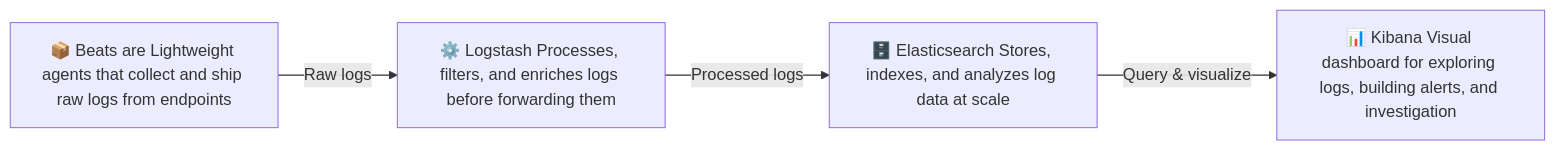
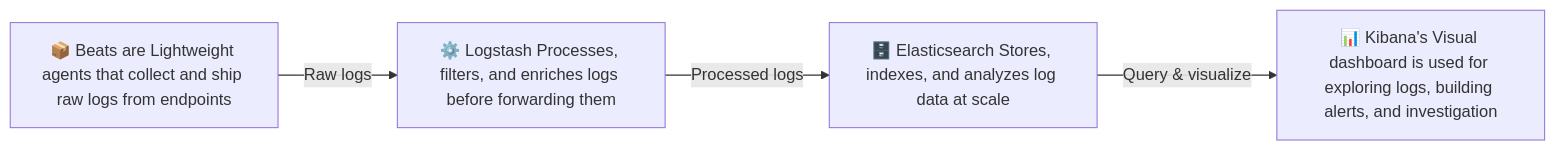
Before and after one commit to benjaminsmith-spec/ELK-stack-Docker-Home-Lab: the first of 2 diagrams in README.md, drawn with Mermaid.

````diff
--- a/README.md
+++ b/README.md
@@ -17,11 +17,11 @@
 ```mermaid
 flowchart LR
     B["📦 Beats are Lightweight agents that collect and ship raw logs from endpoints"]
     L["⚙️ Logstash Processes, filters, and enriches logs before forwarding them"]
     E["🗄️ Elasticsearch Stores, indexes, and analyzes log data at scale"]
-    K["📊 Kibana Visual dashboard for exploring logs, building alerts, and investigation"]
+    K["📊 Kibana's Visual dashboard is used for exploring logs, building alerts, and investigation"]
 
     B -->|"Raw logs"| L
     L -->|"Processed logs"| E
     E -->|"Query & visualize"| K
 ```
````
